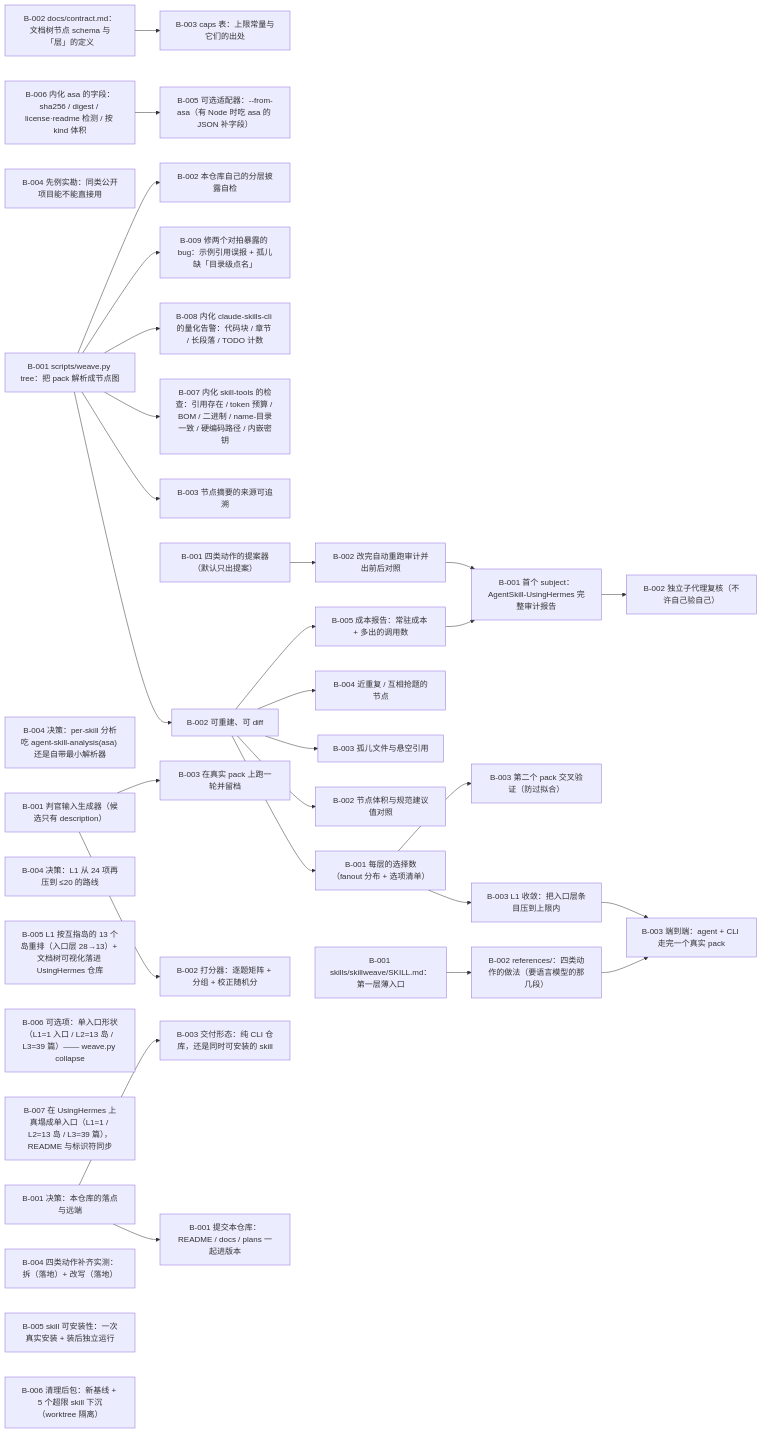
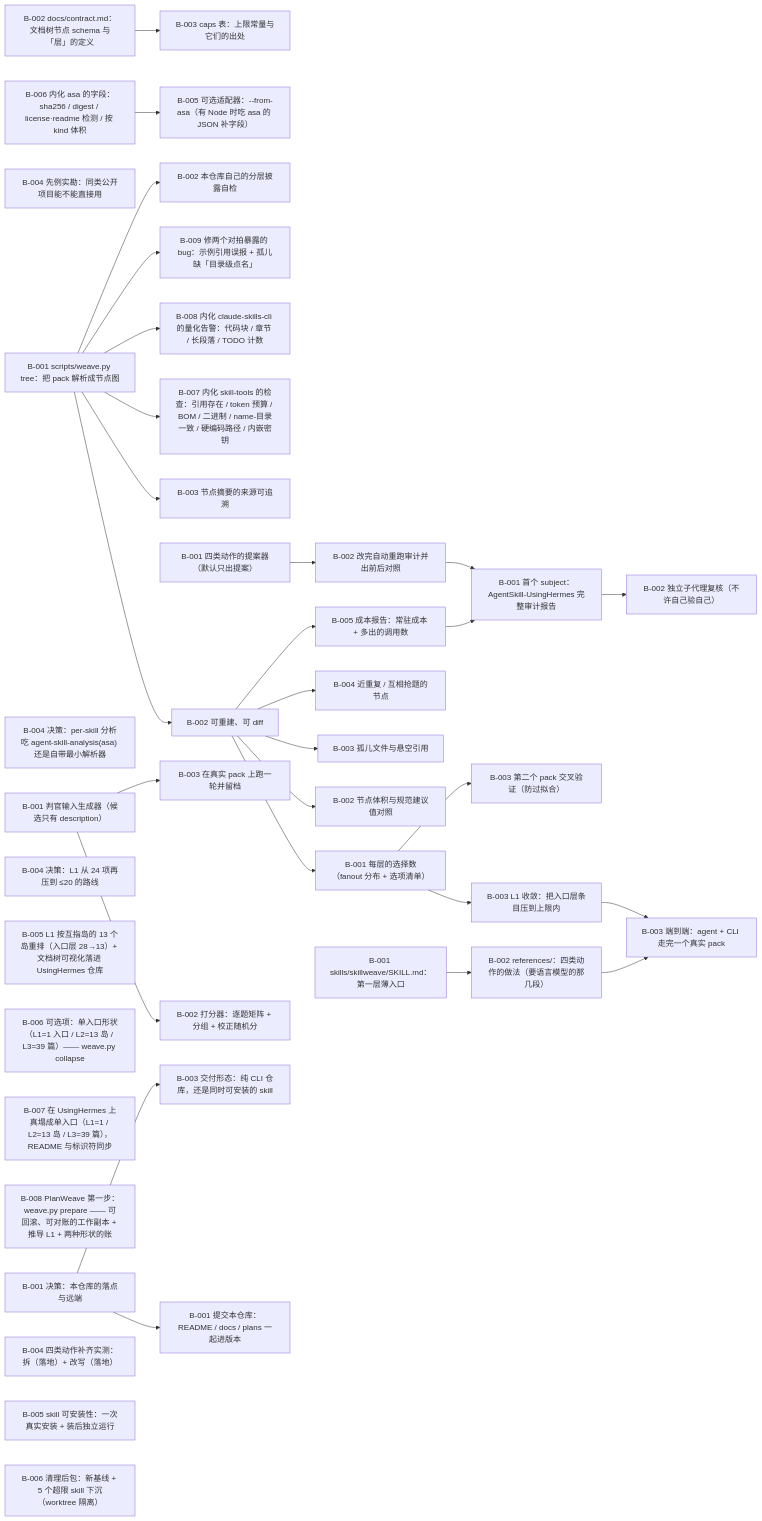
One commit to flmaximwang/SkillWeave changed the diagram in plans/skillweave/PLAN.md. Above: the diagram before and after it, drawn with Mermaid. The commit also changed other lines of this file and 3 other files, not shown here.

Commit message:
plan: PlanWeave 第一步（prepare）落账

````diff
--- a/plans/skillweave/PLAN.md
+++ b/plans/skillweave/PLAN.md
@@ -15,73 +15,74 @@
 ```mermaid
 flowchart LR
   T-001_B-001["B-001 决策：本仓库的落点与远端"]
   T-001_B-002["B-002 docs/contract.md：文档树节点 schema 与「层」的定义"]
   T-001_B-003["B-003 caps 表：上限常量与它们的出处"]
   T-001_B-004["B-004 先例实勘：同类公开项目能不能直接用"]
   T-002_B-001["B-001 scripts/weave.py tree：把 pack 解析成节点图"]
   T-002_B-002["B-002 可重建、可 diff"]
   T-002_B-003["B-003 节点摘要的来源可追溯"]
   T-002_B-004["B-004 决策：per-skill 分析吃 agent-skill-analysis(asa) 还是自带最小解析器"]
   T-002_B-005["B-005 可选适配器：--from-asa（有 Node 时吃 asa 的 JSON 补字段）"]
   T-003_B-001["B-001 每层的选择数（fanout 分布 + 选项清单）"]
   T-003_B-002["B-002 节点体积与规范建议值对照"]
   T-003_B-003["B-003 孤儿文件与悬空引用"]
   T-003_B-004["B-004 近重复 / 互相抢题的节点"]
   T-003_B-005["B-005 成本报告：常驻成本 + 多出的调用数"]
   T-003_B-006["B-006 内化 asa 的字段：sha256 / digest / license·readme 检测 / 按 kind 体积"]
   T-003_B-007["B-007 内化 skill-tools 的检查：引用存在 / token 预算 / BOM / 二进制 / name-目录一致 / 硬编码路径 / 内嵌密钥"]
   T-003_B-008["B-008 内化 claude-skills-cli 的量化告警：代码块 / 章节 / 长段落 / TODO 计数"]
   T-003_B-009["B-009 修两个对拍暴露的 bug：示例引用误报 + 孤儿缺「目录级点名」"]
   T-004_B-001["B-001 四类动作的提案器（默认只出提案）"]
   T-004_B-002["B-002 改完自动重跑审计并出前后对照"]
   T-004_B-003["B-003 L1 收敛：把入口层条目压到上限内"]
   T-004_B-004["B-004 决策：L1 从 24 项再压到 ≤20 的路线"]
   T-004_B-005["B-005 L1 按互指岛的 13 个岛重排（入口层 28→13）+ 文档树可视化落进 UsingHermes 仓库"]
   T-004_B-006["B-006 可选项：单入口形状（L1=1 入口 / L2=13 岛 / L3=39 篇）—— weave.py collapse"]
   T-004_B-007["B-007 在 UsingHermes 上真塌成单入口（L1=1 / L2=13 岛 / L3=39 篇），README 与标识符同步"]
+  T-004_B-008["B-008 PlanWeave 第一步：weave.py prepare —— 可回滚、可对账的工作副本 + 推导 L1 + 两种形状的账"]
   T-005_B-001["B-001 判官输入生成器（候选只有 description）"]
   T-005_B-002["B-002 打分器：逐题矩阵 + 分组 + 校正随机分"]
   T-005_B-003["B-003 在真实 pack 上跑一轮并留档"]
   T-006_B-001["B-001 首个 subject：AgentSkill-UsingHermes 完整审计报告"]
   T-006_B-002["B-002 独立子代理复核（不许自己验自己）"]
   T-006_B-003["B-003 第二个 pack 交叉验证（防过拟合）"]
   T-007_B-001["B-001 提交本仓库：README / docs / plans 一起进版本"]
   T-007_B-002["B-002 本仓库自己的分层披露自检"]
   T-007_B-003["B-003 交付形态：纯 CLI 仓库，还是同时可安装的 skill"]
   T-008_B-001["B-001 skills/skillweave/SKILL.md：第一层薄入口"]
   T-008_B-002["B-002 references/：四类动作的做法（要语言模型的那几段）"]
   T-008_B-003["B-003 端到端：agent + CLI 走完一个真实 pack"]
   T-008_B-004["B-004 四类动作补齐实测：拆（落地）+ 改写（落地）"]
   T-008_B-005["B-005 skill 可安装性：一次真实安装 + 装后独立运行"]
   T-008_B-006["B-006 清理后包：新基线 + 5 个超限 skill 下沉（worktree 隔离）"]
   T-001_B-002 --> T-001_B-003
   T-002_B-001 --> T-002_B-002
   T-002_B-001 --> T-002_B-003
   T-003_B-006 --> T-002_B-005
   T-002_B-002 --> T-003_B-001
   T-002_B-002 --> T-003_B-002
   T-002_B-002 --> T-003_B-003
   T-002_B-002 --> T-003_B-004
   T-002_B-002 --> T-003_B-005
   T-002_B-001 --> T-003_B-007
   T-002_B-001 --> T-003_B-008
   T-002_B-001 --> T-003_B-009
   T-004_B-001 --> T-004_B-002
   T-003_B-001 --> T-004_B-003
   T-005_B-001 --> T-005_B-002
   T-005_B-001 --> T-005_B-003
   T-003_B-005 --> T-006_B-001
   T-004_B-002 --> T-006_B-001
   T-006_B-001 --> T-006_B-002
   T-003_B-001 --> T-006_B-003
   T-001_B-001 --> T-007_B-001
   T-002_B-001 --> T-007_B-002
   T-001_B-001 --> T-007_B-003
   T-008_B-001 --> T-008_B-002
   T-008_B-002 --> T-008_B-003
   T-004_B-003 --> T-008_B-003
   classDef done stroke-width:1px;
-  class T-001_B-001,T-001_B-002,T-001_B-003,T-001_B-004,T-002_B-001,T-002_B-002,T-002_B-003,T-002_B-004,T-003_B-001,T-003_B-002,T-003_B-003,T-003_B-004,T-003_B-005,T-003_B-006,T-003_B-007,T-003_B-008,T-003_B-009,T-004_B-001,T-004_B-002,T-004_B-003,T-004_B-004,T-004_B-005,T-004_B-006,T-004_B-007,T-005_B-001,T-005_B-002,T-005_B-003,T-006_B-001,T-006_B-002,T-006_B-003,T-007_B-001,T-007_B-002,T-007_B-003,T-008_B-001,T-008_B-002,T-008_B-003,T-008_B-004,T-008_B-005,T-008_B-006 done;
+  class T-001_B-001,T-001_B-002,T-001_B-003,T-001_B-004,T-002_B-001,T-002_B-002,T-002_B-003,T-002_B-004,T-003_B-001,T-003_B-002,T-003_B-003,T-003_B-004,T-003_B-005,T-003_B-006,T-003_B-007,T-003_B-008,T-003_B-009,T-004_B-001,T-004_B-002,T-004_B-003,T-004_B-004,T-004_B-005,T-004_B-006,T-004_B-007,T-004_B-008,T-005_B-001,T-005_B-002,T-005_B-003,T-006_B-001,T-006_B-002,T-006_B-003,T-007_B-001,T-007_B-002,T-007_B-003,T-008_B-001,T-008_B-002,T-008_B-003,T-008_B-004,T-008_B-005,T-008_B-006 done;
   classDef cancelled stroke-width:1px;
   class T-002_B-005 cancelled;
 ```
````
